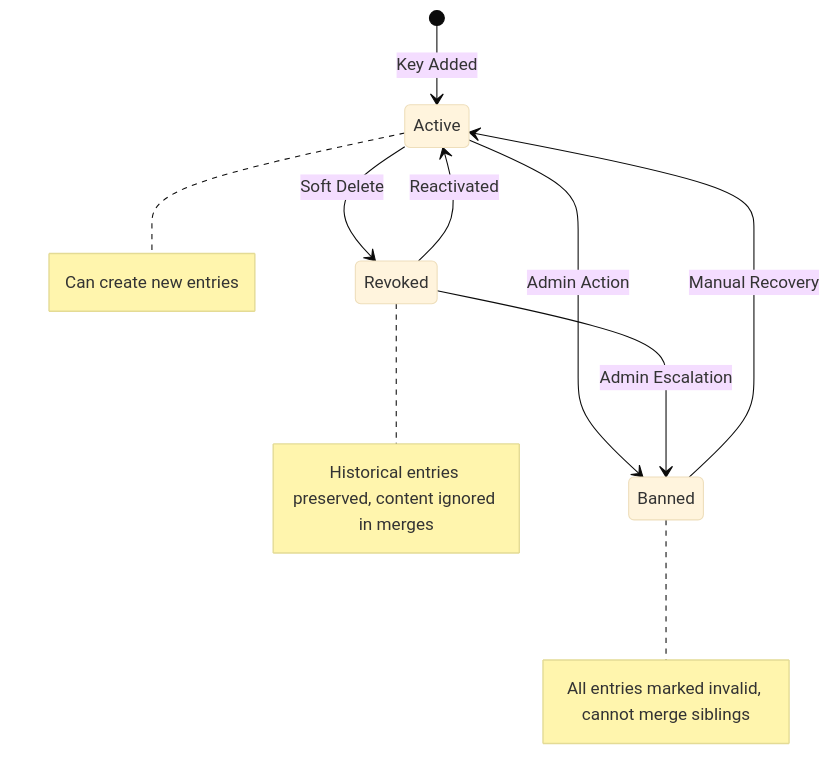
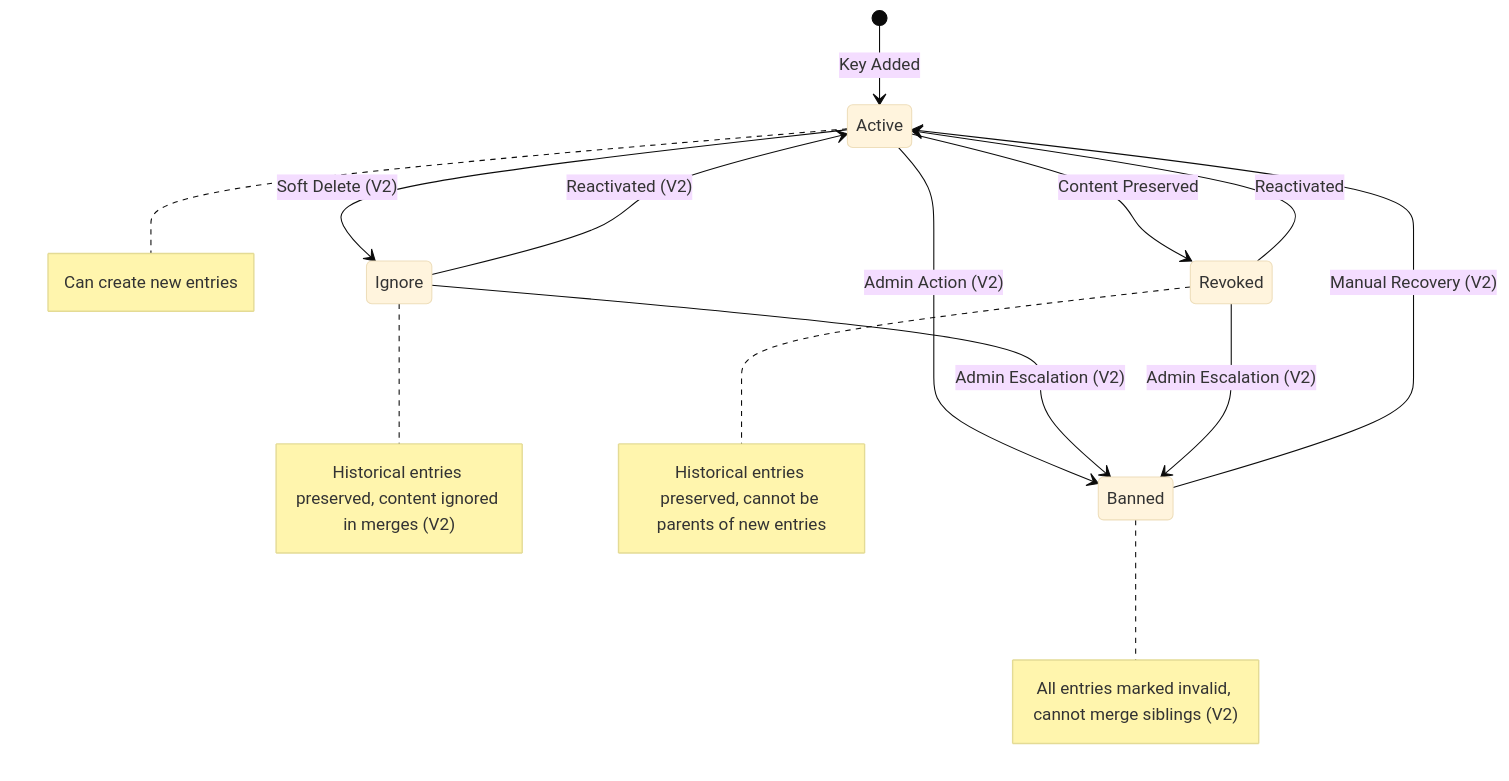
Before and after one commit to arcuru/eidetica: the third of 8 diagrams in docs/src/design/authentication.md, drawn with Mermaid (base theme). The commit also changed other lines of this file, not shown here.

````diff
--- a/docs/src/design/authentication.md
+++ b/docs/src/design/authentication.md
@@ -248,13 +268,17 @@
 ```mermaid
 stateDiagram-v2
     [*] --> Active: Key Added
-    Active --> Revoked: Soft Delete
-    Active --> Banned: Admin Action
+    Active --> Ignore: Soft Delete (V2)
+    Active --> Revoked: Content Preserved
+    Active --> Banned: Admin Action (V2)
+    Ignore --> Active: Reactivated (V2)
     Revoked --> Active: Reactivated
-    Revoked --> Banned: Admin Escalation
-    Banned --> Active: Manual Recovery
+    Ignore --> Banned: Admin Escalation (V2)
+    Revoked --> Banned: Admin Escalation (V2)
+    Banned --> Active: Manual Recovery (V2)
 
     note right of Active : Can create new entries
-    note right of Revoked : Historical entries preserved, content ignored in merges
-    note right of Banned : All entries marked invalid, cannot merge siblings
+    note right of Ignore : Historical entries preserved, content ignored in merges (V2)
+    note right of Revoked : Historical entries preserved, cannot be parents of new entries
+    note right of Banned : All entries marked invalid, cannot merge siblings (V2)
 ```
````
